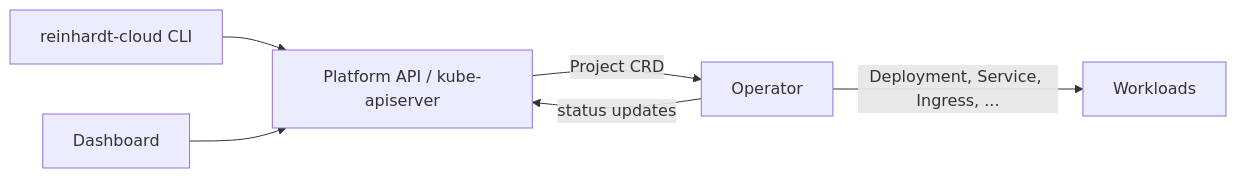
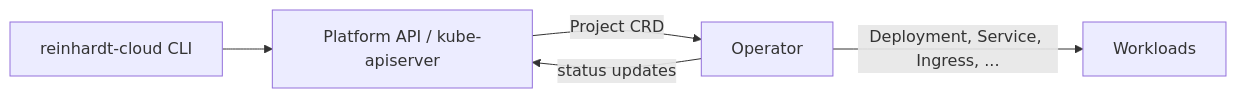
One commit to kent8192/reinhardt-cloud changed the first of 2 diagrams in docs/tools/operator.md. Above: the diagram before and after it, drawn with Mermaid. The commit also changed other lines of this file and 342 other files, not shown here.

````diff
--- a/docs/tools/operator.md
+++ b/docs/tools/operator.md
@@ -25,8 +25,7 @@
 ```mermaid
 flowchart LR
     CLI[reinhardt-cloud CLI] --> API[Platform API / kube-apiserver]
-    Dashboard --> API
     API -->|Project CRD| Operator
     Operator -->|Deployment, Service, Ingress, ...| Workloads
     Operator -->|status updates| API
 ```
````
